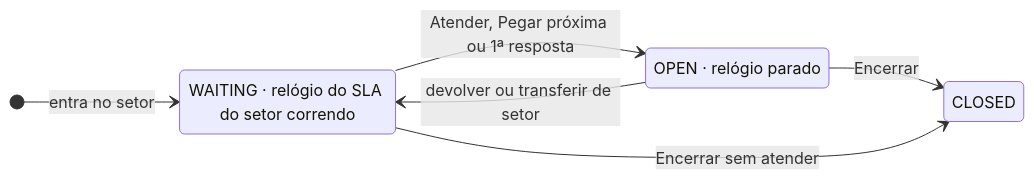
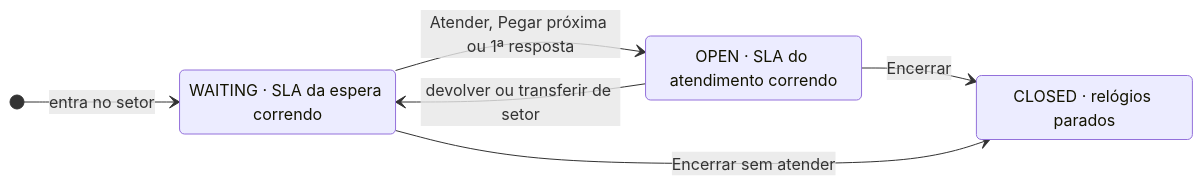
One commit to Cmdev2019/atendehub changed the diagram in docs/05-ADR/ADR-0019-filas-de-atendimento-fila-compartilhada-e-sla-do-setor.md. Above: the diagram before and after it, drawn with Mermaid. The commit also changed other lines of this file and 3 other files, not shown here.

First line of the commit message:
docs(adr): ADR-0019 — SLA do atendimento e setores no cadastro do atendente

````diff
--- a/docs/05-ADR/ADR-0019-filas-de-atendimento-fila-compartilhada-e-sla-do-setor.md
+++ b/docs/05-ADR/ADR-0019-filas-de-atendimento-fila-compartilhada-e-sla-do-setor.md
@@ -154,12 +189,12 @@
 ```mermaid
 stateDiagram-v2
     direction LR
     [*] --> Fila : entra no setor
     Fila --> Atendimento : Atender, Pegar próxima ou 1ª resposta
     Atendimento --> Fila : devolver ou transferir de setor
     Atendimento --> Encerrada : Encerrar
     Fila --> Encerrada : Encerrar sem atender
-    Fila : WAITING · relógio do SLA do setor correndo
-    Atendimento : OPEN · relógio parado
-    Encerrada : CLOSED
+    Fila : WAITING · SLA da espera correndo
+    Atendimento : OPEN · SLA do atendimento correndo
+    Encerrada : CLOSED · relógios parados
 ```
````
